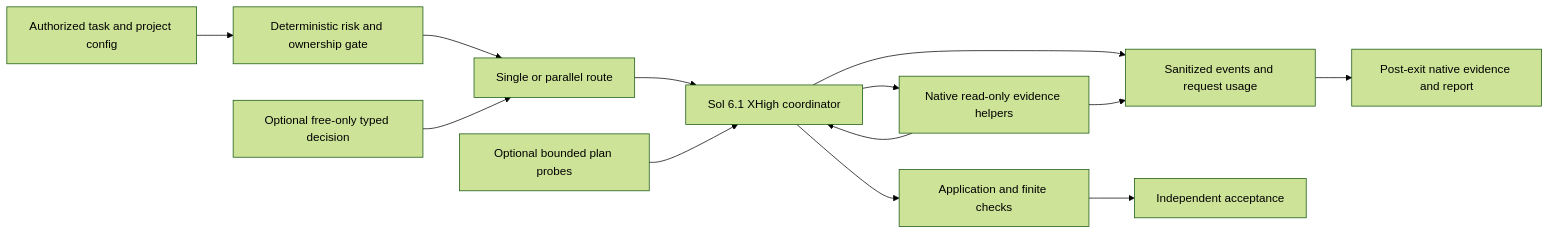
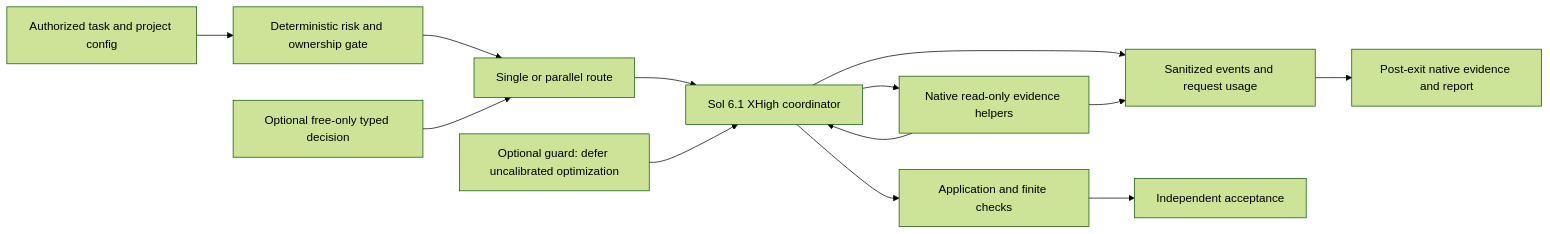
The diagram in docs/architecture.md (MilliganCo/Codex-flow), drawn with Mermaid (forest theme) before and after one commit. The commit also changed other lines of this file and 19 other files, not shown here.

````diff
--- a/docs/architecture.md
+++ b/docs/architecture.md
@@ -29,15 +29,15 @@
 ```mermaid
 flowchart LR
     task[Authorized task and project config] --> gate[Deterministic risk and ownership gate]
     gate --> route[Single or parallel route]
     mercury[Optional free-only typed decision] --> route
     route --> root[Sol 6.1 XHigh coordinator]
-    probes[Optional bounded plan probes] --> root
+    guard[Optional guard: defer uncalibrated optimization] --> root
     root --> helpers[Native read-only evidence helpers]
     helpers --> root
     root --> artifact[Application and finite checks]
     root --> trace[Sanitized events and request usage]
     helpers --> trace
     artifact --> review[Independent acceptance]
     trace --> evidence[Post-exit native evidence and report]
 ```
````
